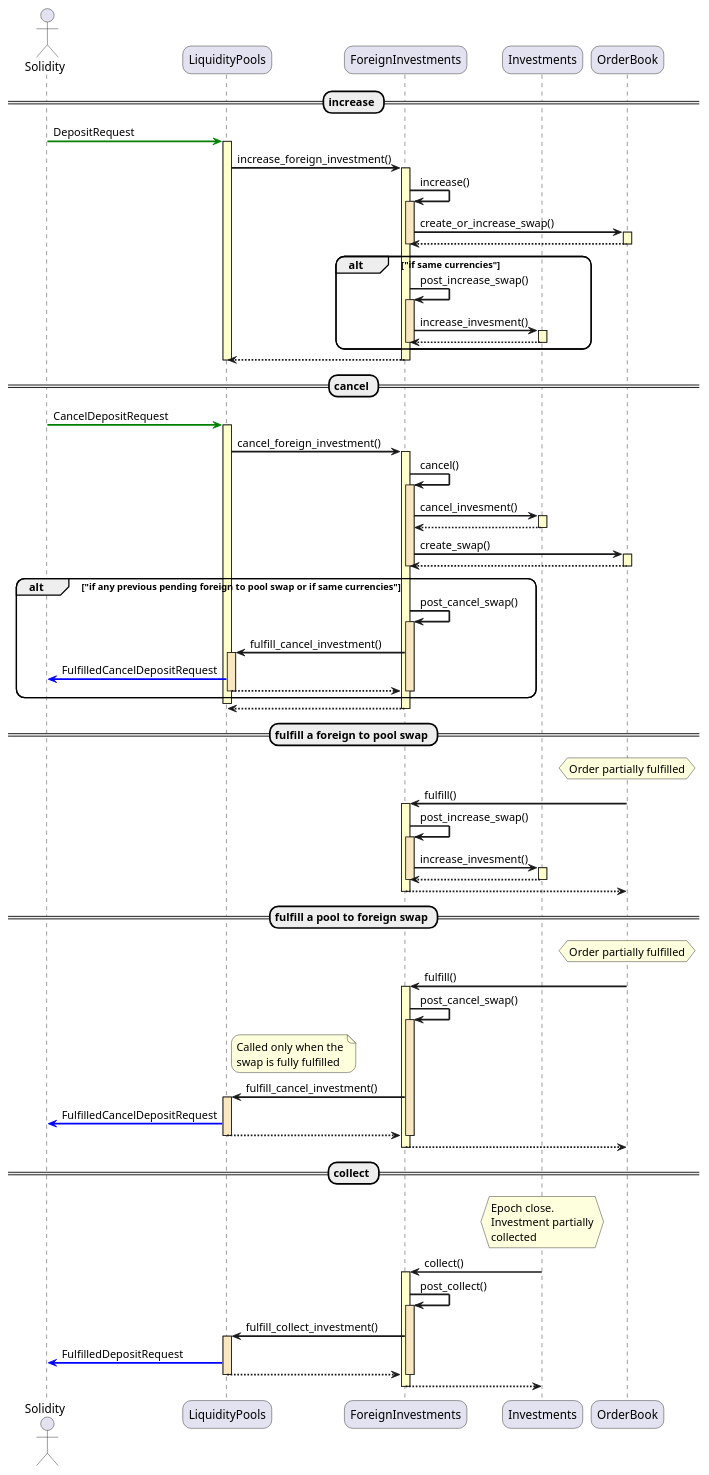
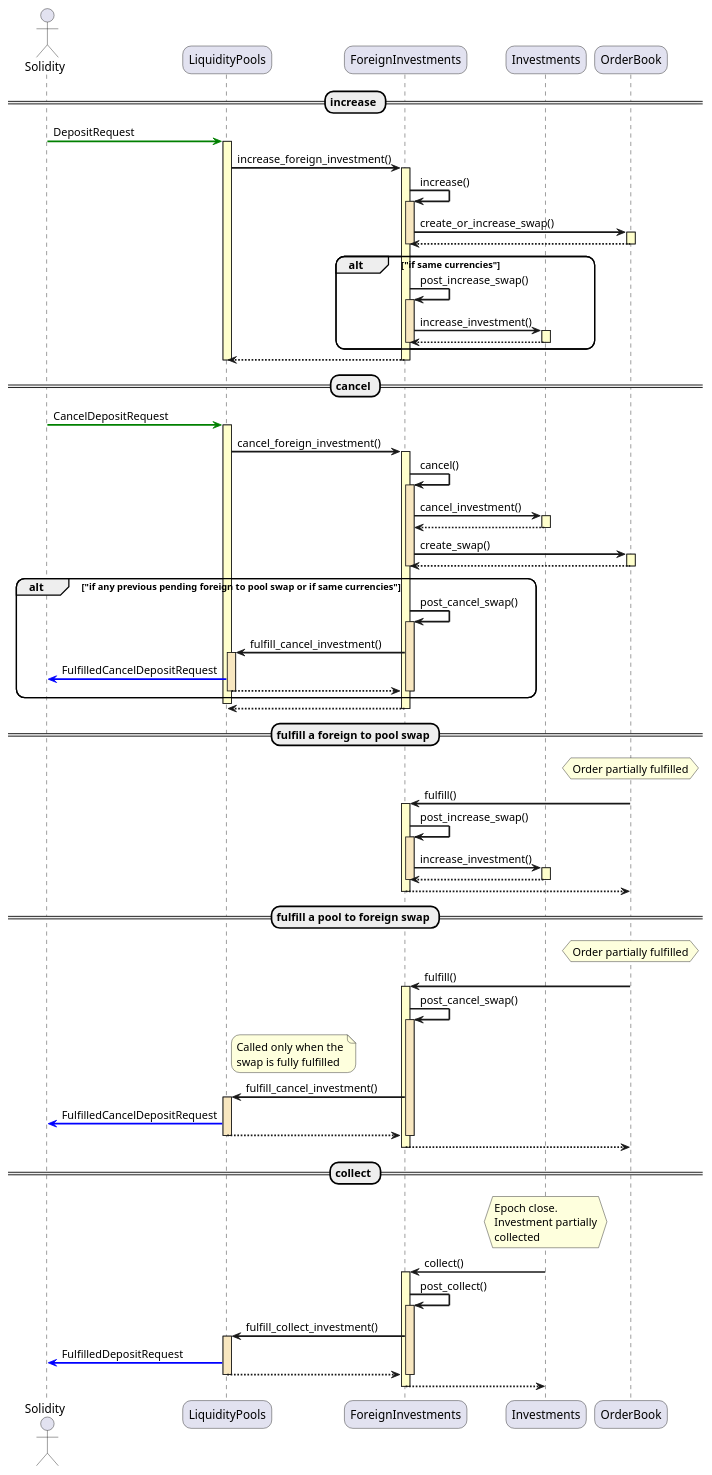
The second of 3 diagrams in pallets/foreign-investments/docs/sequences.md (centrifuge/centrifuge-chain), drawn with PlantUML before and after one commit. The commit also changed other lines of this file, not shown here.

Commit message:
Update sequences.md
Hi,

I noticed 4 spelling errors in this text and propose changes.

3 times the word 'invesment' and 1 time the word 'redeemption'

Thenks.

```diff
--- a/pallets/foreign-investments/docs/sequences.md
+++ b/pallets/foreign-investments/docs/sequences.md
@@ -77,7 +77,7 @@
 alt "if same currencies"
     FI -> FI : post_increase_swap()
     activate FI #Strategy
-    FI -> Investments ++ : increase_invesment()
+    FI -> Investments ++ : increase_investment()
     FI <-- Investments --
     deactivate FI
 end
@@ -90,7 +90,7 @@
 LP -> FI ++ : cancel_foreign_investment()
 FI -> FI : cancel()
 activate FI #Strategy
-FI -> Investments ++ : cancel_invesment()
+FI -> Investments ++ : cancel_investment()
 FI <-- Investments --
 FI -> OrderBook ++ : create_swap()
 FI <-- OrderBook --
@@ -111,7 +111,7 @@
 FI <- OrderBook ++ : fulfill()
 FI -> FI : post_increase_swap()
 activate FI #Strategy
-FI -> Investments ++ : increase_invesment()
+FI -> Investments ++ : increase_investment()
 FI <-- Investments --
 deactivate FI
 FI --> OrderBook --
```
